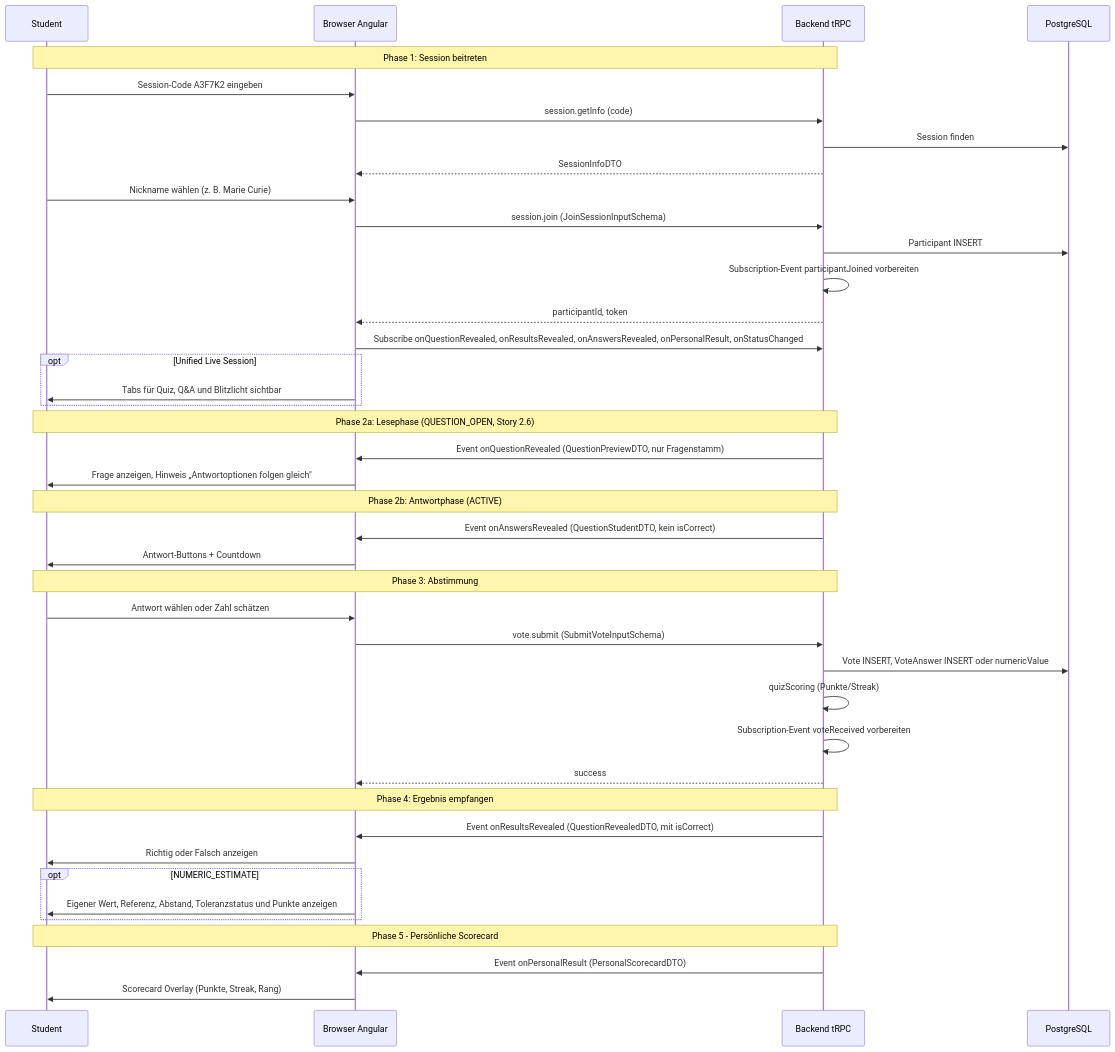
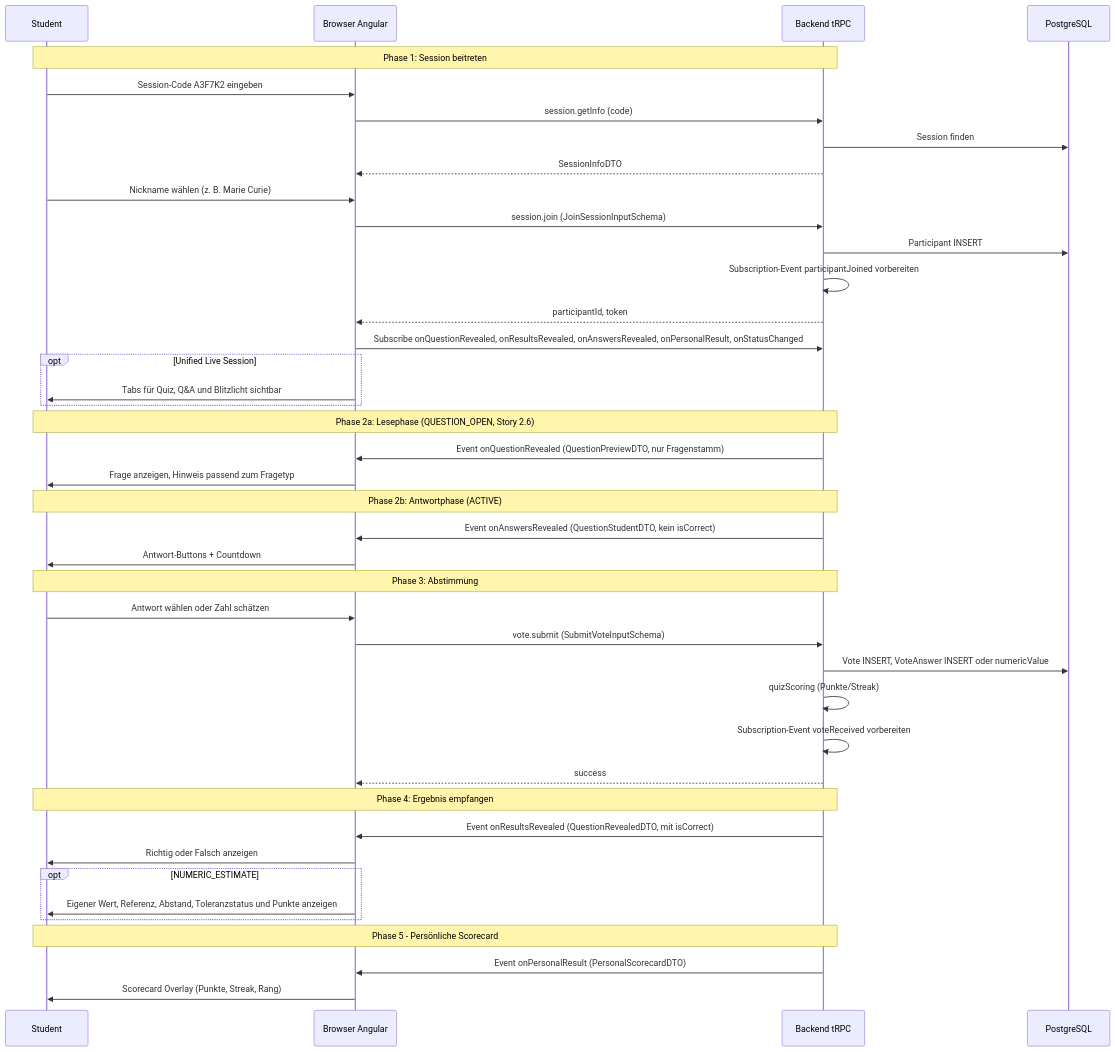
One commit to kqc-real/arsnova.eu changed diagram 15 of 23 in docs/diagrams/diagrams.md. Above: the diagram before and after it, drawn with Mermaid. The commit also changed 37 other files, not shown here.

````diff
--- a/docs/diagrams/diagrams.md
+++ b/docs/diagrams/diagrams.md
@@ -860,49 +860,49 @@
 ```mermaid
 sequenceDiagram
     participant S as Student
     participant FE as Browser Angular
     participant BE as Backend tRPC
     participant PG as PostgreSQL
 
     Note over S,BE: Phase 1: Session beitreten
     S->>FE: Session-Code A3F7K2 eingeben
     FE->>BE: session.getInfo (code)
     BE->>PG: Session finden
     BE-->>FE: SessionInfoDTO
     S->>FE: Nickname wählen (z. B. Marie Curie)
     FE->>BE: session.join (JoinSessionInputSchema)
     BE->>PG: Participant INSERT
     BE->>BE: Subscription-Event participantJoined vorbereiten
     BE-->>FE: participantId, token
     FE->>BE: Subscribe onQuestionRevealed, onResultsRevealed, onAnswersRevealed, onPersonalResult, onStatusChanged
     opt Unified Live Session
         FE->>S: Tabs für Quiz, Q&A und Blitzlicht sichtbar
     end
 
     Note over S,BE: Phase 2a: Lesephase (QUESTION_OPEN, Story 2.6)
     BE->>FE: Event onQuestionRevealed (QuestionPreviewDTO, nur Fragenstamm)
-    FE->>S: Frage anzeigen, Hinweis „Antwortoptionen folgen gleich"
+    FE->>S: Frage anzeigen, Hinweis passend zum Fragetyp
 
     Note over S,BE: Phase 2b: Antwortphase (ACTIVE)
     BE->>FE: Event onAnswersRevealed (QuestionStudentDTO, kein isCorrect)
     FE->>S: Antwort-Buttons + Countdown
 
     Note over S,BE: Phase 3: Abstimmung
     S->>FE: Antwort wählen oder Zahl schätzen
     FE->>BE: vote.submit (SubmitVoteInputSchema)
     BE->>PG: Vote INSERT, VoteAnswer INSERT oder numericValue
     BE->>BE: quizScoring (Punkte/Streak)
     BE->>BE: Subscription-Event voteReceived vorbereiten
     BE-->>FE: success
 
     Note over S,BE: Phase 4: Ergebnis empfangen
     BE->>FE: Event onResultsRevealed (QuestionRevealedDTO, mit isCorrect)
     FE->>S: Richtig oder Falsch anzeigen
     opt NUMERIC_ESTIMATE
         FE->>S: Eigener Wert, Referenz, Abstand, Toleranzstatus und Punkte anzeigen
     end
 
     Note over S,BE: Phase 5 - Persönliche Scorecard
     BE->>FE: Event onPersonalResult (PersonalScorecardDTO)
     FE->>S: Scorecard Overlay (Punkte, Streak, Rang)
 ```
````
